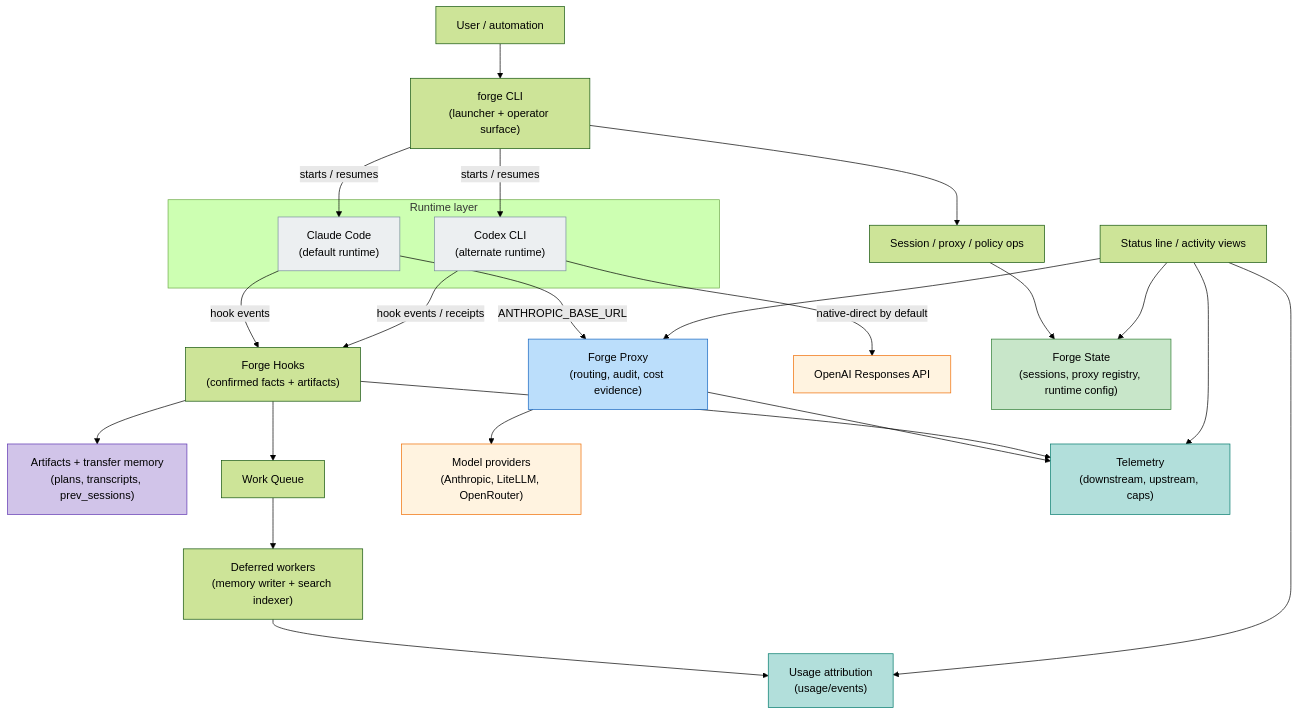
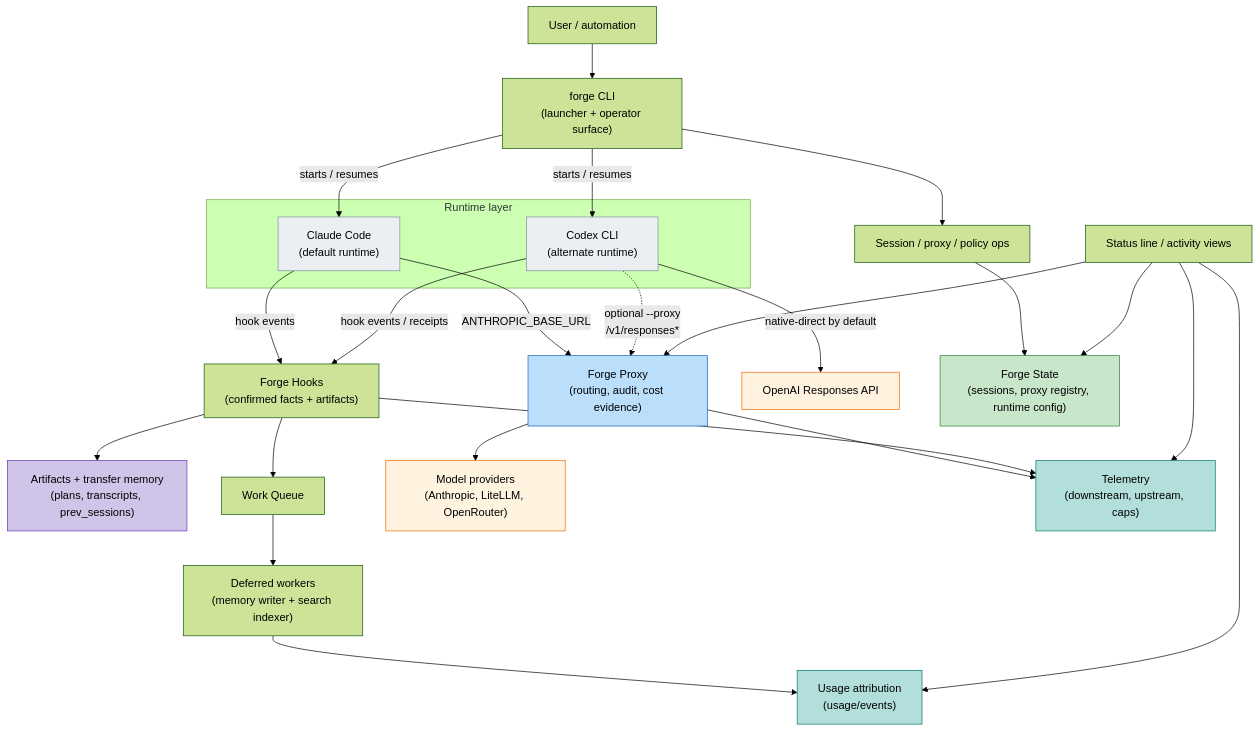
One commit to hapa1i/multi-forge changed the first of 10 diagrams in docs/diagrams.md. Above: the diagram before and after it, drawn with Mermaid (forest theme). The commit also changed other lines of this file and 31 other files, not shown here.

````diff
--- a/docs/diagrams.md
+++ b/docs/diagrams.md
@@ -9,48 +9,49 @@
 ```mermaid
 flowchart TB
     User["User / automation"] --> CLI["forge CLI<br/>(launcher + operator surface)"]
 
     subgraph RuntimeLayer["Runtime layer"]
         Claude["Claude Code<br/>(default runtime)"]
         Codex["Codex CLI<br/>(alternate runtime)"]
     end
 
     CLI -->|"starts / resumes"| Claude
     CLI -->|"starts / resumes"| Codex
 
     Claude -->|"ANTHROPIC_BASE_URL"| Proxy["Forge Proxy<br/>(routing, audit, cost evidence)"]
     Claude -->|"hook events"| Hooks["Forge Hooks<br/>(confirmed facts + artifacts)"]
     Codex -->|"hook events / receipts"| Hooks
     Codex -->|"native-direct by default"| OpenAI["OpenAI Responses API"]
+    Codex -.->|"optional --proxy<br/>/v1/responses*"| Proxy
 
     CLI --> Ops["Session / proxy / policy ops"]
     Ops --> State["Forge State<br/>(sessions, proxy registry, runtime config)"]
 
     Hooks --> Artifacts["Artifacts + transfer memory<br/>(plans, transcripts, prev_sessions)"]
     Hooks --> Queue["Work Queue"]
     Queue --> Workers["Deferred workers<br/>(memory writer + search indexer)"]
 
     Proxy --> Providers["Model providers<br/>(Anthropic, LiteLLM, OpenRouter)"]
     Proxy --> Telemetry["Telemetry<br/>(downstream, upstream, caps)"]
     Hooks --> Telemetry
     Workers --> Usage["Usage attribution<br/>(usage/events)"]
 
     Status["Status line / activity views"] --> State
     Status --> Telemetry
     Status --> Usage
     Status --> Proxy
 
     classDef runtime fill:#eceff1,stroke:#78909c
     classDef state fill:#c8e6c9,stroke:#2e7d32
     classDef artifacts fill:#d1c4e9,stroke:#5e35b1
     classDef telemetry fill:#b2dfdb,stroke:#00796b
     classDef proxy fill:#bbdefb,stroke:#1565c0
     classDef external fill:#fff3e0,stroke:#ef6c00
 
     class Claude,Codex runtime
     class State state
     class Artifacts artifacts
     class Telemetry,Usage telemetry
     class Proxy proxy
     class OpenAI,Providers external
 ```
````
